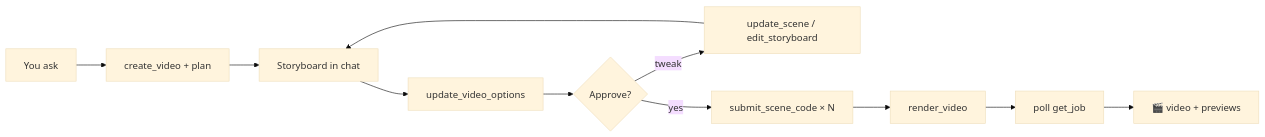
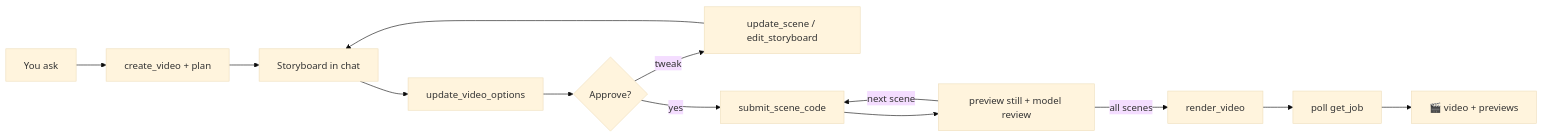
The diagram in README.md (amirrezaalasti/NowIGetIt), drawn with Mermaid (base theme) before and after one commit. The commit also changed other lines of this file and 18 other files, not shown here.

First line of the commit message:
feat: implement video marking and preview features

````diff
--- a/README.md
+++ b/README.md
@@ -92,13 +92,15 @@
 ```mermaid
 flowchart LR
   A[You ask] --> B[create_video + plan]
   B --> C[Storyboard in chat]
   C --> D[update_video_options]
   D --> E{Approve?}
   E -->|tweak| F[update_scene / edit_storyboard]
   F --> C
-  E -->|yes| G[submit_scene_code × N]
-  G --> H[render_video]
-  H --> I[poll get_job]
-  I --> J[🎬 video + previews]
+  E -->|yes| G[submit_scene_code]
+  G --> H[preview still + model review]
+  H -->|next scene| G
+  H -->|all scenes| I[render_video]
+  I --> J[poll get_job]
+  J --> K[🎬 video + previews]
 ```
````
